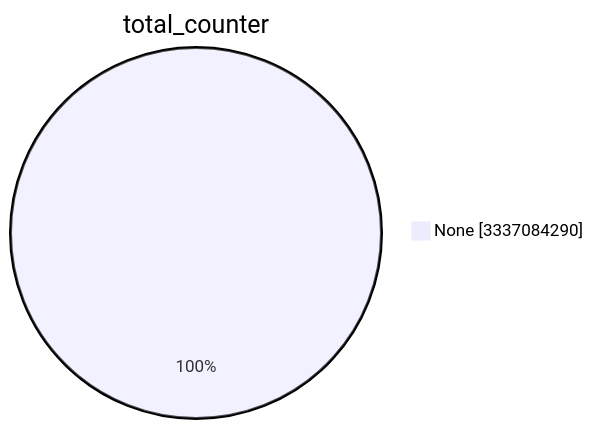
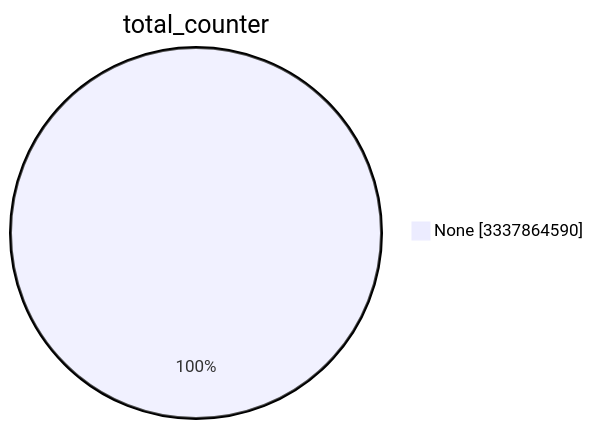
One commit to christiankrug/ctmonitor_visualization changed the first of 15 diagrams in TOTAL/README.md. Above: the diagram before and after it, drawn with Mermaid. The commit also changed other lines of this file, not shown here.

````diff
--- a/TOTAL/README.md
+++ b/TOTAL/README.md
@@ -1,5 +1,5 @@
 ```mermaid
 pie showData
 title total_counter
-"None" :3337084290
+"None" :3337864590
 ```
````
